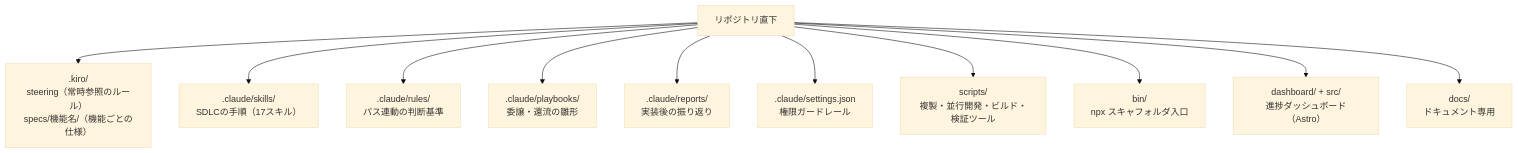
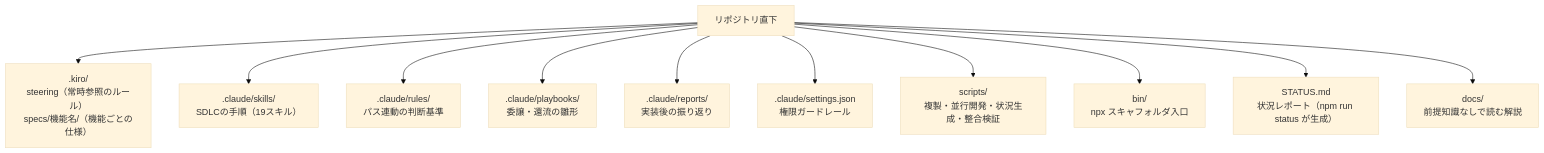
The fourth of 4 diagrams in README.md (kumamoto-kouki/conductor-sdlc-template), drawn with Mermaid (base theme) before and after one commit. The commit also changed other lines of this file and 89 other files, not shown here.

First line of the commit message:
refactor!: ダッシュボード（Astro）を撤去し、状況報告を導出のみの STATUS.md へ反転

````diff
--- a/README.md
+++ b/README.md
@@ -123,14 +126,14 @@
 ```mermaid
 flowchart TD
     ROOT["リポジトリ直下"]
     ROOT --> KIRO[".kiro/<br/>steering（常時参照のルール）<br/>specs/機能名/（機能ごとの仕様）"]
-    ROOT --> SKILLS[".claude/skills/<br/>SDLCの手順（17スキル）"]
+    ROOT --> SKILLS[".claude/skills/<br/>SDLCの手順（19スキル）"]
     ROOT --> RULESD[".claude/rules/<br/>パス連動の判断基準"]
     ROOT --> PLAYBOOKS[".claude/playbooks/<br/>委譲・還流の雛形"]
     ROOT --> REPORTSD[".claude/reports/<br/>実装後の振り返り"]
     ROOT --> SETTINGSD[".claude/settings.json<br/>権限ガードレール"]
-    ROOT --> SCRIPTSD["scripts/<br/>複製・並行開発・ビルド・検証ツール"]
+    ROOT --> SCRIPTSD["scripts/<br/>複製・並行開発・状況生成・整合検証"]
     ROOT --> BIND["bin/<br/>npx スキャフォルダ入口"]
-    ROOT --> DASHBOARDD["dashboard/ + src/<br/>進捗ダッシュボード（Astro）"]
-    ROOT --> DOCSD["docs/<br/>ドキュメント専用"]
+    ROOT --> STATUSF["STATUS.md<br/>状況レポート（npm run status が生成）"]
+    ROOT --> DOCSD["docs/<br/>前提知識なしで読む解説"]
 ```
````
